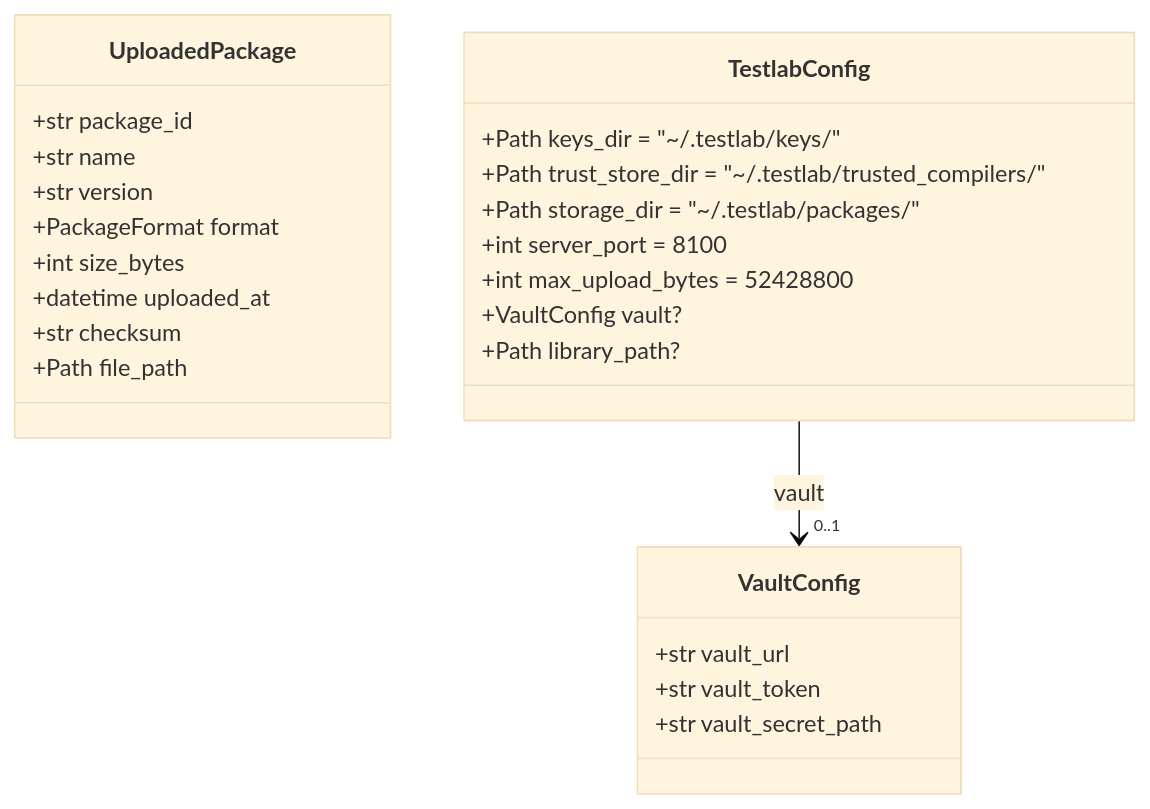
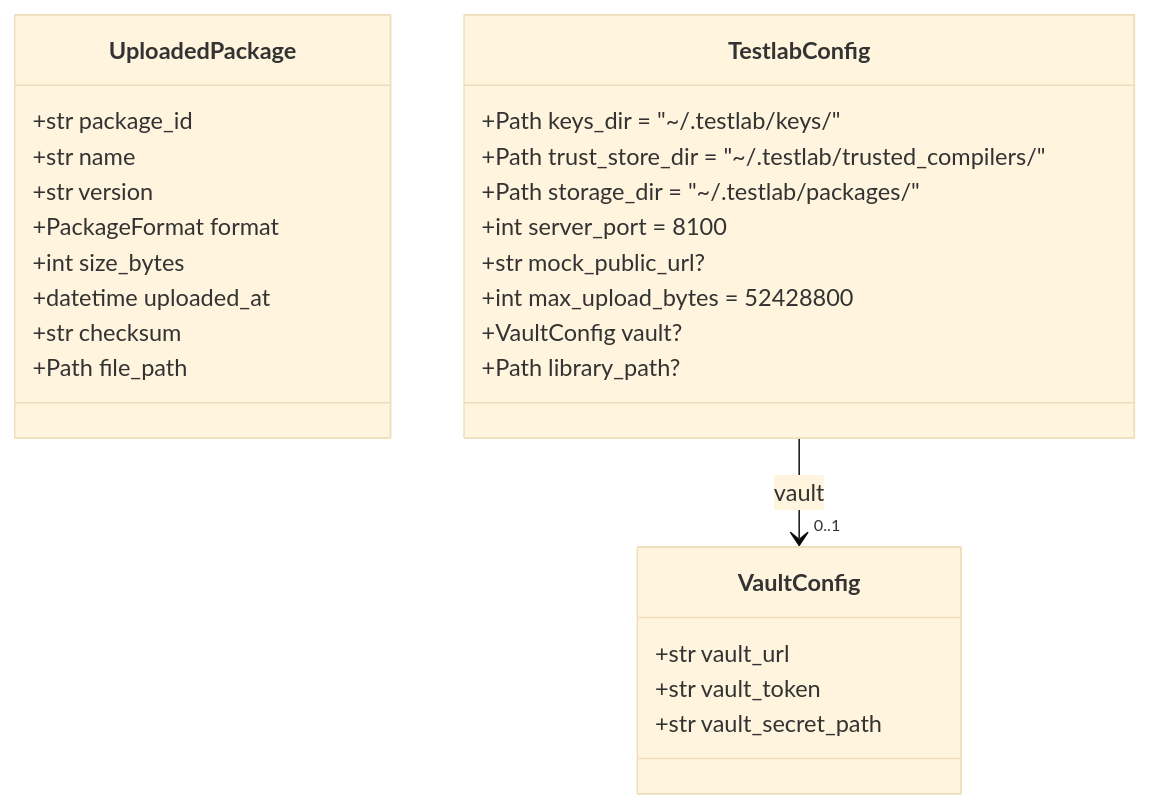
One commit to eclipse-tractusx/tractusx-testlab changed the second of 8 diagrams in docs/specification/specification/data-models.md. Above: the diagram before and after it, drawn with Mermaid (base theme). The commit also changed 30 other files, not shown here.

````diff
--- a/docs/specification/specification/data-models.md
+++ b/docs/specification/specification/data-models.md
@@ -161,31 +161,32 @@
 ```mermaid
 classDiagram
     class UploadedPackage {
         +str package_id
         +str name
         +str version
         +PackageFormat format
         +int size_bytes
         +datetime uploaded_at
         +str checksum
         +Path file_path
     }
 
     class VaultConfig {
         +str vault_url
         +str vault_token
         +str vault_secret_path
     }
 
     class TestlabConfig {
         +Path keys_dir = "~/.testlab/keys/"
         +Path trust_store_dir = "~/.testlab/trusted_compilers/"
         +Path storage_dir = "~/.testlab/packages/"
         +int server_port = 8100
+        +str mock_public_url?
         +int max_upload_bytes = 52428800
         +VaultConfig vault?
         +Path library_path?
     }
 
     TestlabConfig --> "0..1" VaultConfig : vault
 ```
````
